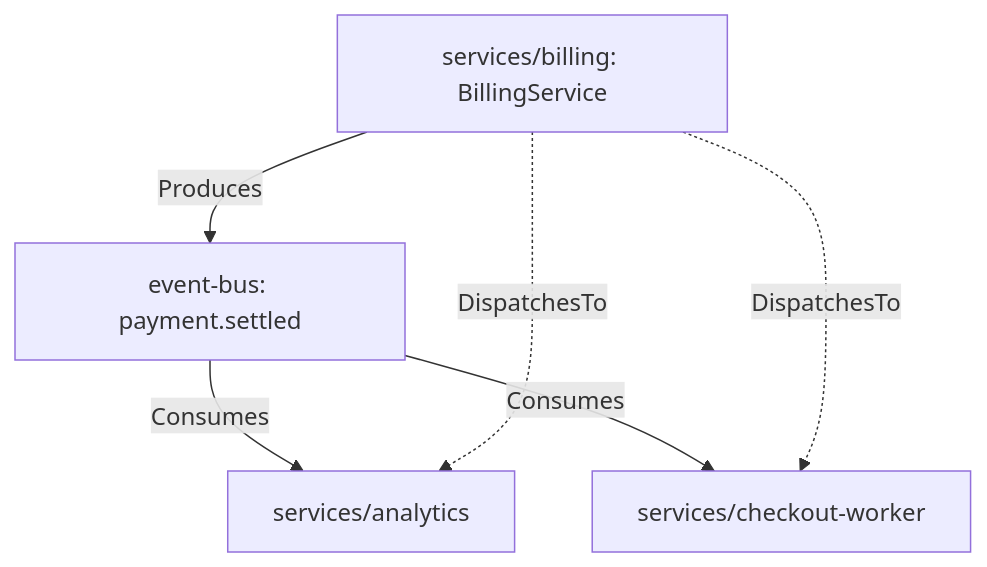
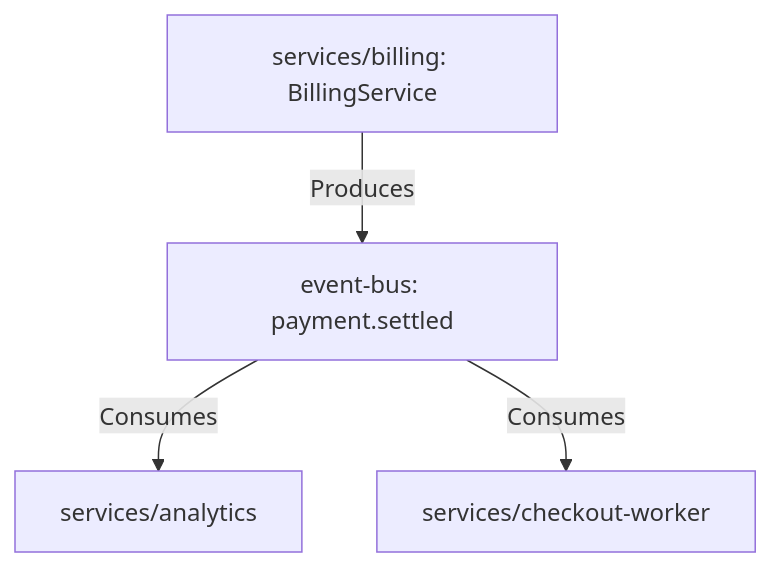
The second of 2 diagrams in .agents/skills/mesh-graph-reconciliation/DEEPENING.md (VictorAgahi/causalmesh), drawn with Mermaid before and after one commit. The commit also changed other lines of this file and 22 other files, not shown here.

````diff
--- a/.agents/skills/mesh-graph-reconciliation/DEEPENING.md
+++ b/.agents/skills/mesh-graph-reconciliation/DEEPENING.md
@@ -104,8 +104,6 @@
 ```mermaid
 graph TD
     Producer[services/billing: BillingService] -->|Produces| Topic[event-bus: payment.settled]
     Topic -->|Consumes| Analytics[services/analytics]
     Topic -->|Consumes| Worker[services/checkout-worker]
-    Producer -.->|DispatchesTo| Analytics
-    Producer -.->|DispatchesTo| Worker
 ```
````
